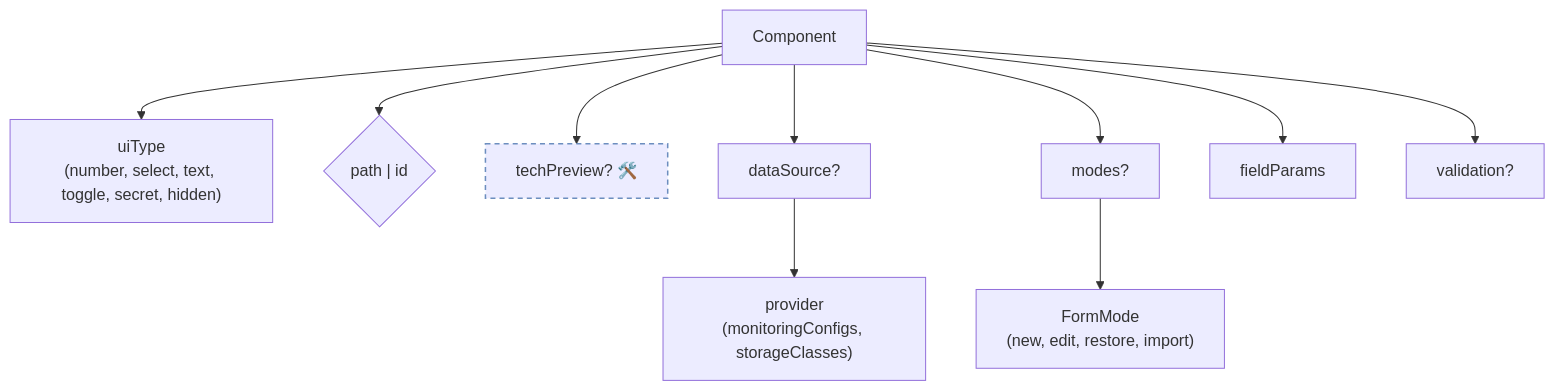
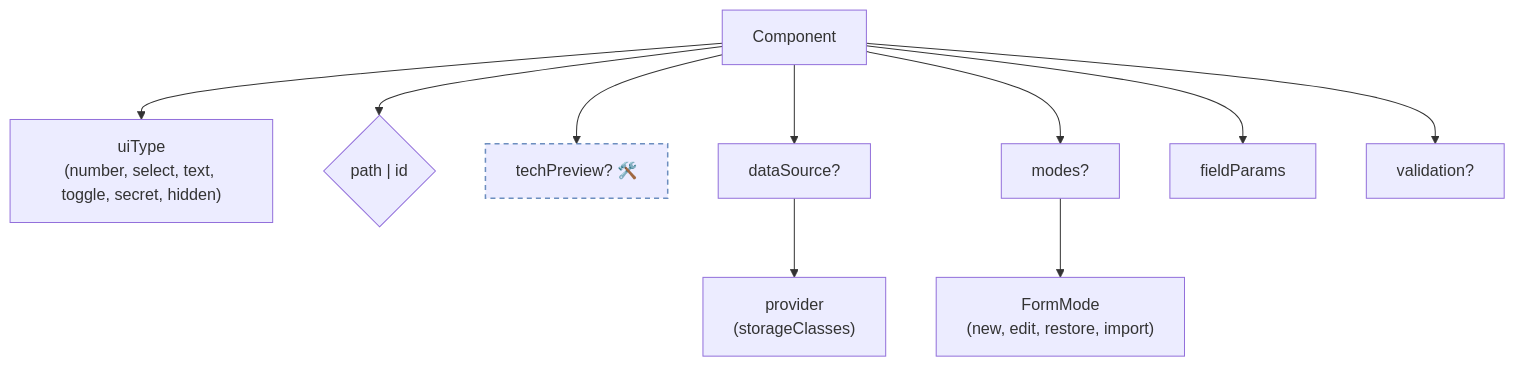
Before and after one commit to openeverest/openeverest: the third of 6 diagrams in docs/ui/architecture/ui-generator/schema-reference.md, drawn with Mermaid. The commit also changed other lines of this file and 83 other files, not shown here.

````diff
--- a/docs/ui/architecture/ui-generator/schema-reference.md
+++ b/docs/ui/architecture/ui-generator/schema-reference.md
@@ -50,15 +50,15 @@
 ```mermaid
 flowchart TD
   CMP["Component"] --> UT["uiType<br/>(number, select, text, toggle, secret, hidden)"]
   CMP --> PID{"path | id"}
   CMP --> TP2["techPreview? 🛠️"]
   CMP --> DS2["dataSource?"]
-  DS2 --> PROVIDER["provider<br/>(monitoringConfigs, storageClasses)"]
+  DS2 --> PROVIDER["provider<br/>(storageClasses)"]
   CMP --> MOD2["modes?"]
   MOD2 --> FORM_MODE["FormMode<br/>(new, edit, restore, import)"]
   CMP --> FP2["fieldParams"]
   CMP --> VAL2["validation?"]
 
   classDef planned stroke-dasharray:5 4,stroke:#6c8ebf,stroke-width:1.5px;
   class TP2 planned;
 ```
````
